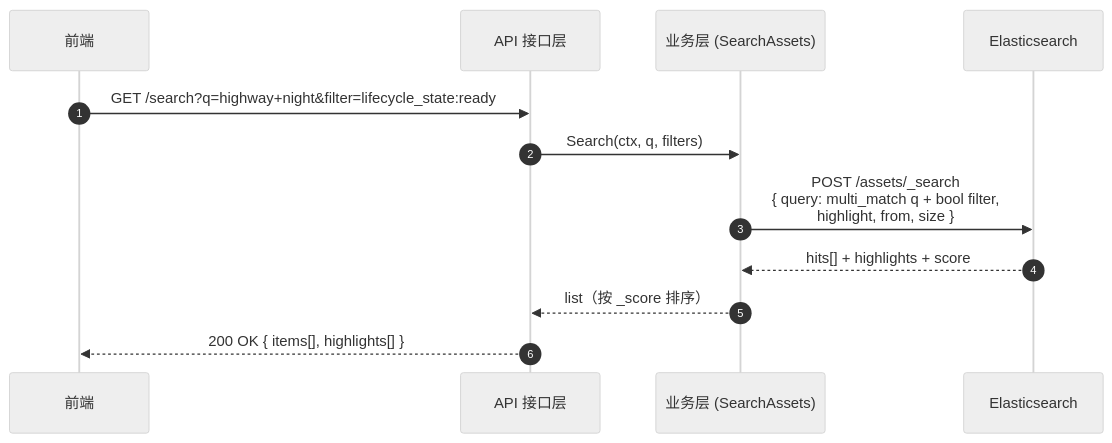
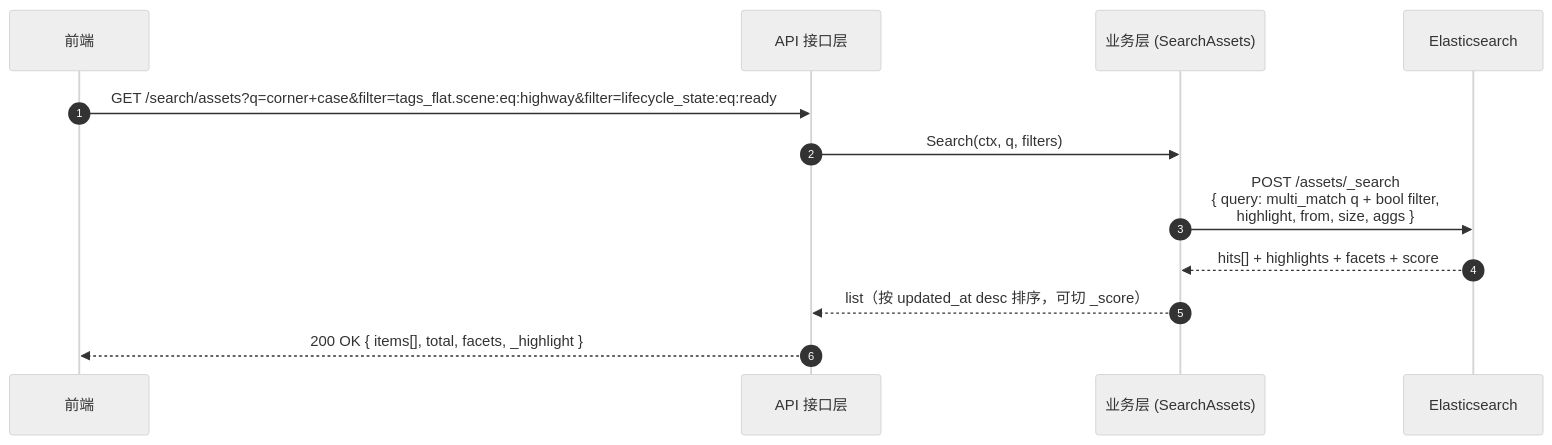
Before and after one commit to rouse2617/Databricks4robot: the ninth of 24 diagrams in docs/review/data-platform-design.md, drawn with Mermaid (neutral theme). The commit also changed other lines of this file and 9 other files, not shown here.

Commit message:
docs(review): consolidate schema companion and move drafts

````diff
--- a/docs/review/data-platform-design.md
+++ b/docs/review/data-platform-design.md
@@ -798,15 +800,15 @@
 ```mermaid
 sequenceDiagram
     autonumber
     participant FE as 前端
     participant API as API 接口层
     participant UC as 业务层 (SearchAssets)
     participant ES as Elasticsearch
 
-    FE->>API: GET /search?q=highway+night&filter=lifecycle_state:ready
+    FE->>API: GET /search/assets?q=corner+case&filter=tags_flat.scene:eq:highway&filter=lifecycle_state:eq:ready
     API->>UC: Search(ctx, q, filters)
-    UC->>ES: POST /assets/_search<br>{ query: multi_match q + bool filter,<br>  highlight, from, size }
-    ES-->>UC: hits[] + highlights + score
-    UC-->>API: list（按 _score 排序）
-    API-->>FE: 200 OK { items[], highlights[] }
+    UC->>ES: POST /assets/_search<br>{ query: multi_match q + bool filter,<br>  highlight, from, size, aggs }
+    ES-->>UC: hits[] + highlights + facets + score
+    UC-->>API: list（按 updated_at desc 排序，可切 _score）
+    API-->>FE: 200 OK { items[], total, facets, _highlight }
 ```
````
